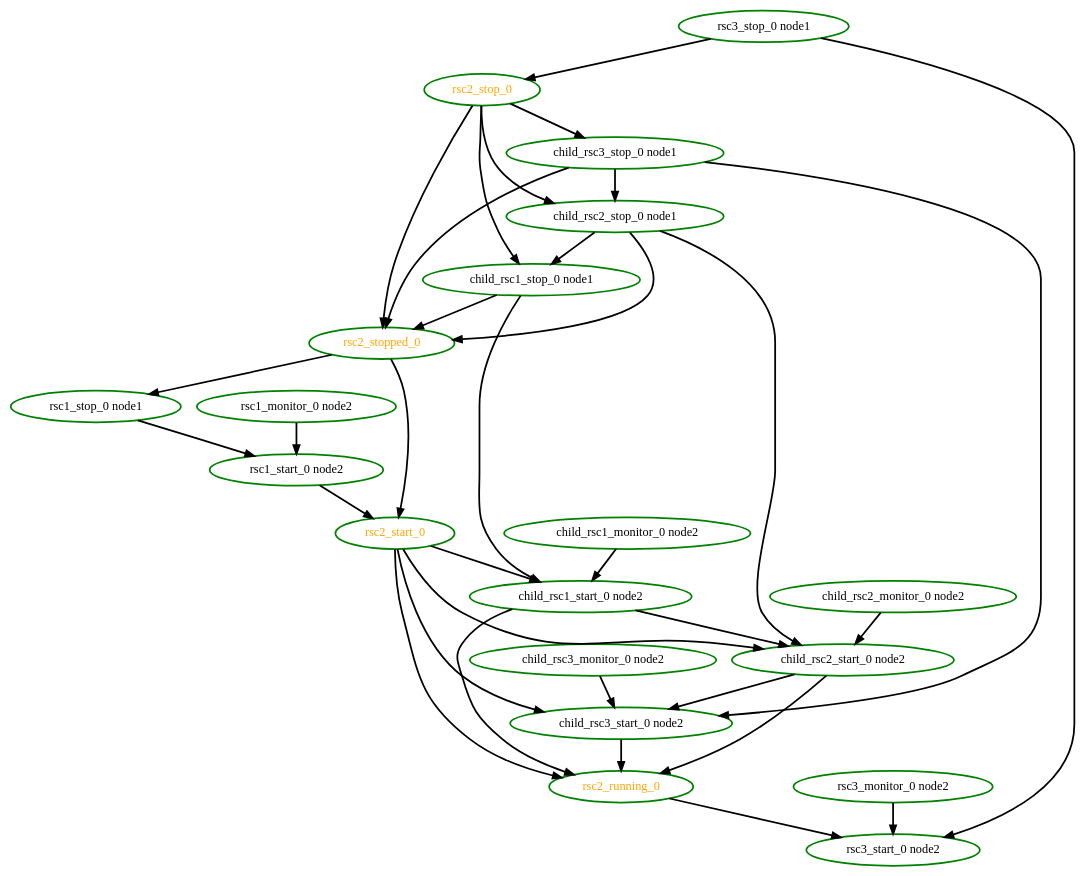
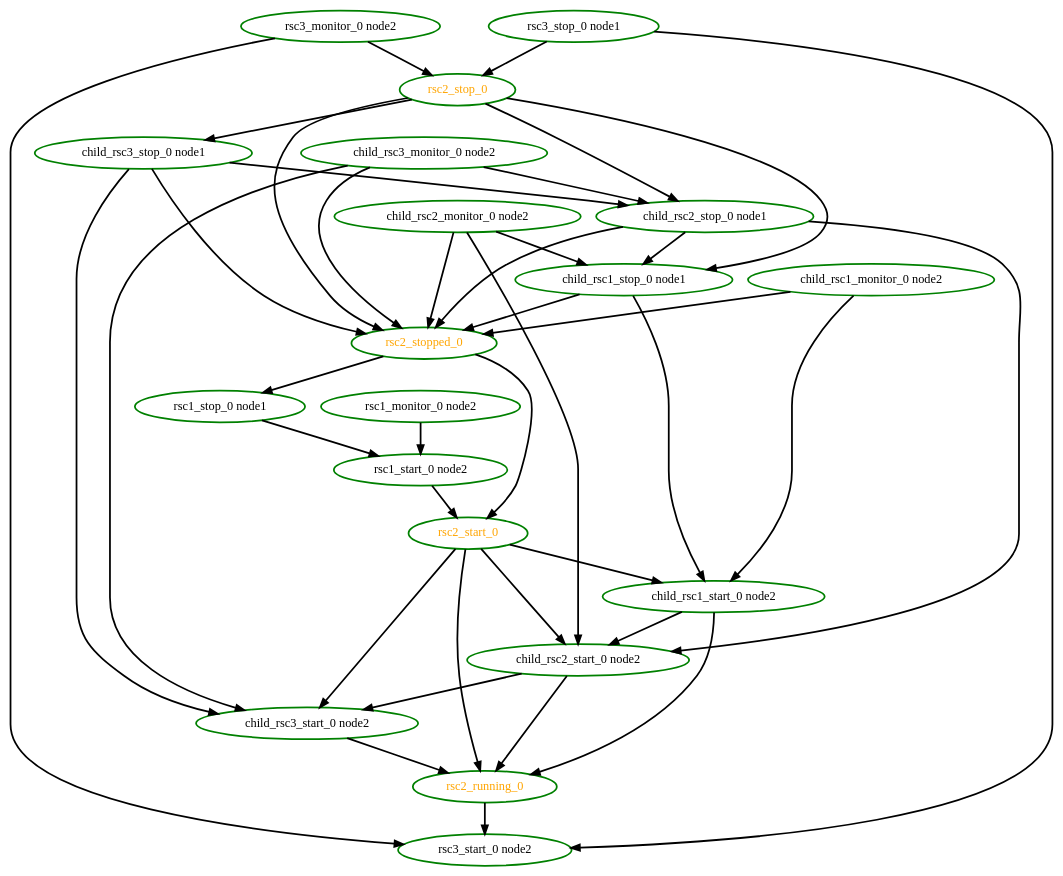
Before and after one commit to ClusterLabs/pacemaker: the diagram in pengine/test10/group5.dot, drawn with Graphviz. The commit also changed 82 other files, not shown here.

```diff
--- a/pengine/test10/group5.dot
+++ b/pengine/test10/group5.dot
@@ -1,54 +1,60 @@
  digraph "g" {
 "child_rsc1_monitor_0 node2" -> "child_rsc1_start_0 node2" [ style = bold]
+"child_rsc1_monitor_0 node2" -> "rsc2_stopped_0" [ style = bold]
 "child_rsc1_monitor_0 node2" [ style=bold color="green" fontcolor="black" ]
 "child_rsc1_start_0 node2" -> "child_rsc2_start_0 node2" [ style = bold]
 "child_rsc1_start_0 node2" -> "rsc2_running_0" [ style = bold]
 "child_rsc1_start_0 node2" [ style=bold color="green" fontcolor="black" ]
 "child_rsc1_stop_0 node1" -> "child_rsc1_start_0 node2" [ style = bold]
 "child_rsc1_stop_0 node1" -> "rsc2_stopped_0" [ style = bold]
 "child_rsc1_stop_0 node1" [ style=bold color="green" fontcolor="black" ]
+"child_rsc2_monitor_0 node2" -> "child_rsc1_stop_0 node1" [ style = bold]
 "child_rsc2_monitor_0 node2" -> "child_rsc2_start_0 node2" [ style = bold]
+"child_rsc2_monitor_0 node2" -> "rsc2_stopped_0" [ style = bold]
 "child_rsc2_monitor_0 node2" [ style=bold color="green" fontcolor="black" ]
 "child_rsc2_start_0 node2" -> "child_rsc3_start_0 node2" [ style = bold]
 "child_rsc2_start_0 node2" -> "rsc2_running_0" [ style = bold]
 "child_rsc2_start_0 node2" [ style=bold color="green" fontcolor="black" ]
 "child_rsc2_stop_0 node1" -> "child_rsc1_stop_0 node1" [ style = bold]
 "child_rsc2_stop_0 node1" -> "child_rsc2_start_0 node2" [ style = bold]
 "child_rsc2_stop_0 node1" -> "rsc2_stopped_0" [ style = bold]
 "child_rsc2_stop_0 node1" [ style=bold color="green" fontcolor="black" ]
+"child_rsc3_monitor_0 node2" -> "child_rsc2_stop_0 node1" [ style = bold]
 "child_rsc3_monitor_0 node2" -> "child_rsc3_start_0 node2" [ style = bold]
+"child_rsc3_monitor_0 node2" -> "rsc2_stopped_0" [ style = bold]
 "child_rsc3_monitor_0 node2" [ style=bold color="green" fontcolor="black" ]
 "child_rsc3_start_0 node2" -> "rsc2_running_0" [ style = bold]
 "child_rsc3_start_0 node2" [ style=bold color="green" fontcolor="black" ]
 "child_rsc3_stop_0 node1" -> "child_rsc2_stop_0 node1" [ style = bold]
 "child_rsc3_stop_0 node1" -> "child_rsc3_start_0 node2" [ style = bold]
 "child_rsc3_stop_0 node1" -> "rsc2_stopped_0" [ style = bold]
 "child_rsc3_stop_0 node1" [ style=bold color="green" fontcolor="black" ]
 "rsc1_monitor_0 node2" -> "rsc1_start_0 node2" [ style = bold]
 "rsc1_monitor_0 node2" [ style=bold color="green" fontcolor="black" ]
 "rsc1_start_0 node2" -> "rsc2_start_0" [ style = bold]
 "rsc1_start_0 node2" [ style=bold color="green" fontcolor="black" ]
 "rsc1_stop_0 node1" -> "rsc1_start_0 node2" [ style = bold]
 "rsc1_stop_0 node1" [ style=bold color="green" fontcolor="black" ]
 "rsc2_running_0" -> "rsc3_start_0 node2" [ style = bold]
 "rsc2_running_0" [ style=bold color="green" fontcolor="orange" ]
 "rsc2_start_0" -> "child_rsc1_start_0 node2" [ style = bold]
 "rsc2_start_0" -> "child_rsc2_start_0 node2" [ style = bold]
 "rsc2_start_0" -> "child_rsc3_start_0 node2" [ style = bold]
 "rsc2_start_0" -> "rsc2_running_0" [ style = bold]
 "rsc2_start_0" [ style=bold color="green" fontcolor="orange" ]
 "rsc2_stop_0" -> "child_rsc1_stop_0 node1" [ style = bold]
 "rsc2_stop_0" -> "child_rsc2_stop_0 node1" [ style = bold]
 "rsc2_stop_0" -> "child_rsc3_stop_0 node1" [ style = bold]
 "rsc2_stop_0" -> "rsc2_stopped_0" [ style = bold]
 "rsc2_stop_0" [ style=bold color="green" fontcolor="orange" ]
 "rsc2_stopped_0" -> "rsc1_stop_0 node1" [ style = bold]
 "rsc2_stopped_0" -> "rsc2_start_0" [ style = bold]
 "rsc2_stopped_0" [ style=bold color="green" fontcolor="orange" ]
+"rsc3_monitor_0 node2" -> "rsc2_stop_0" [ style = bold]
 "rsc3_monitor_0 node2" -> "rsc3_start_0 node2" [ style = bold]
 "rsc3_monitor_0 node2" [ style=bold color="green" fontcolor="black" ]
 "rsc3_start_0 node2" [ style=bold color="green" fontcolor="black" ]
 "rsc3_stop_0 node1" -> "rsc2_stop_0" [ style = bold]
 "rsc3_stop_0 node1" -> "rsc3_start_0 node2" [ style = bold]
 "rsc3_stop_0 node1" [ style=bold color="green" fontcolor="black" ]
 }
```
